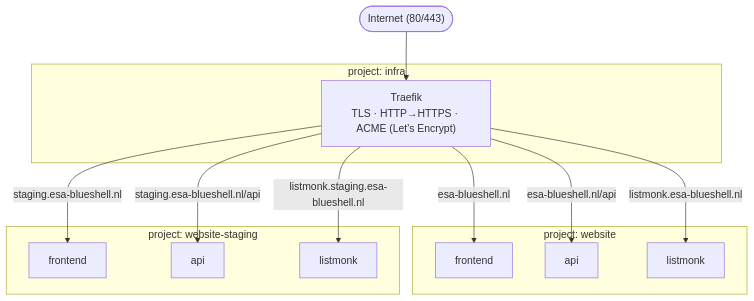
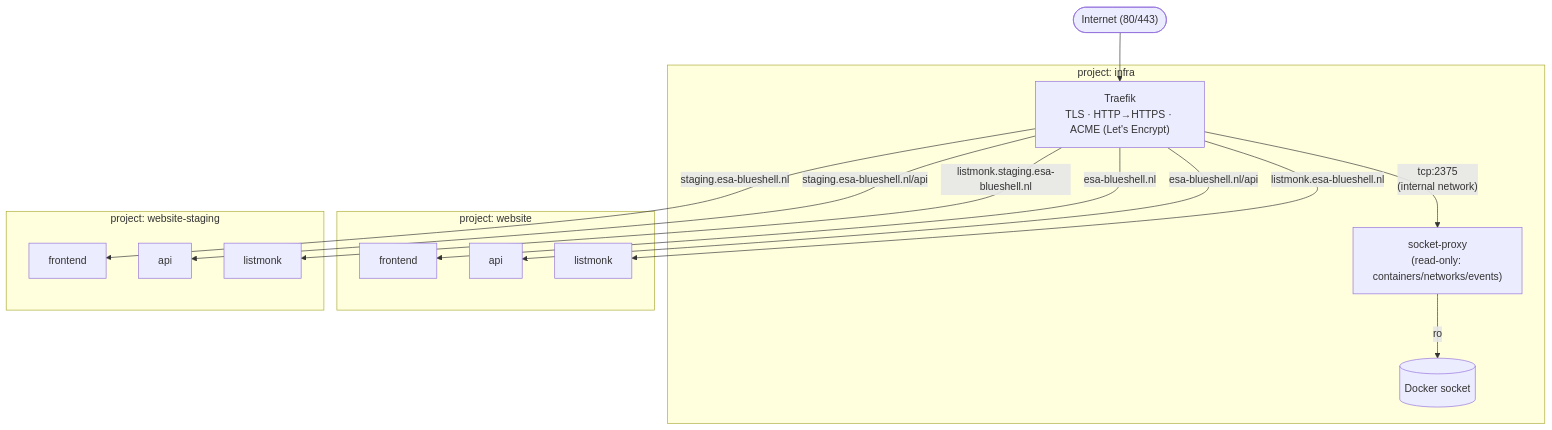
One commit to ESA-Blueshell/website changed the first of 2 diagrams in deployment/README.md. Above: the diagram before and after it, drawn with Mermaid. The commit also changed other lines of this file and 6 other files, not shown here.

Commit message:
refactor(docker): enhance security and architecture in Docker setup with socket-proxy integration

````diff
--- a/deployment/README.md
+++ b/deployment/README.md
@@ -17,28 +17,32 @@
 ```mermaid
 flowchart TD
     I(["Internet (80/443)"])
 
     subgraph infra["project: infra"]
         T["Traefik\nTLS · HTTP→HTTPS · ACME (Let's Encrypt)"]
+        SP["socket-proxy\n(read-only: containers/networks/events)"]
+        DS[("Docker socket")]
+        T -- "tcp:2375\n(internal network)" --> SP
+        SP -- "ro" --> DS
     end
 
     subgraph production["project: website"]
         PF["frontend"]
         PA["api"]
         PL["listmonk"]
     end
 
     subgraph staging["project: website-staging"]
         SF["frontend"]
         SA["api"]
         SL["listmonk"]
     end
 
     I --> T
     T -->|"esa-blueshell.nl"| PF
     T -->|"esa-blueshell.nl/api"| PA
     T -->|"listmonk.esa-blueshell.nl"| PL
     T -->|"staging.esa-blueshell.nl"| SF
     T -->|"staging.esa-blueshell.nl/api"| SA
     T -->|"listmonk.staging.esa-blueshell.nl"| SL
 ```
````
